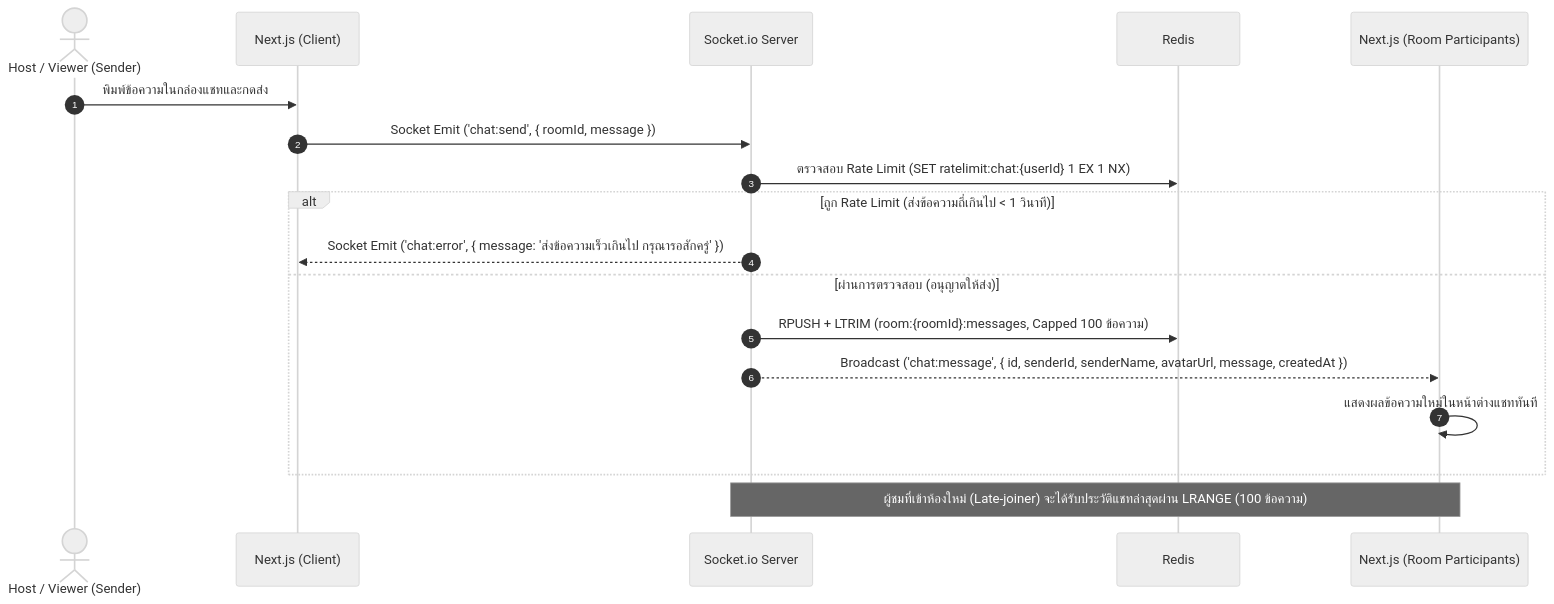
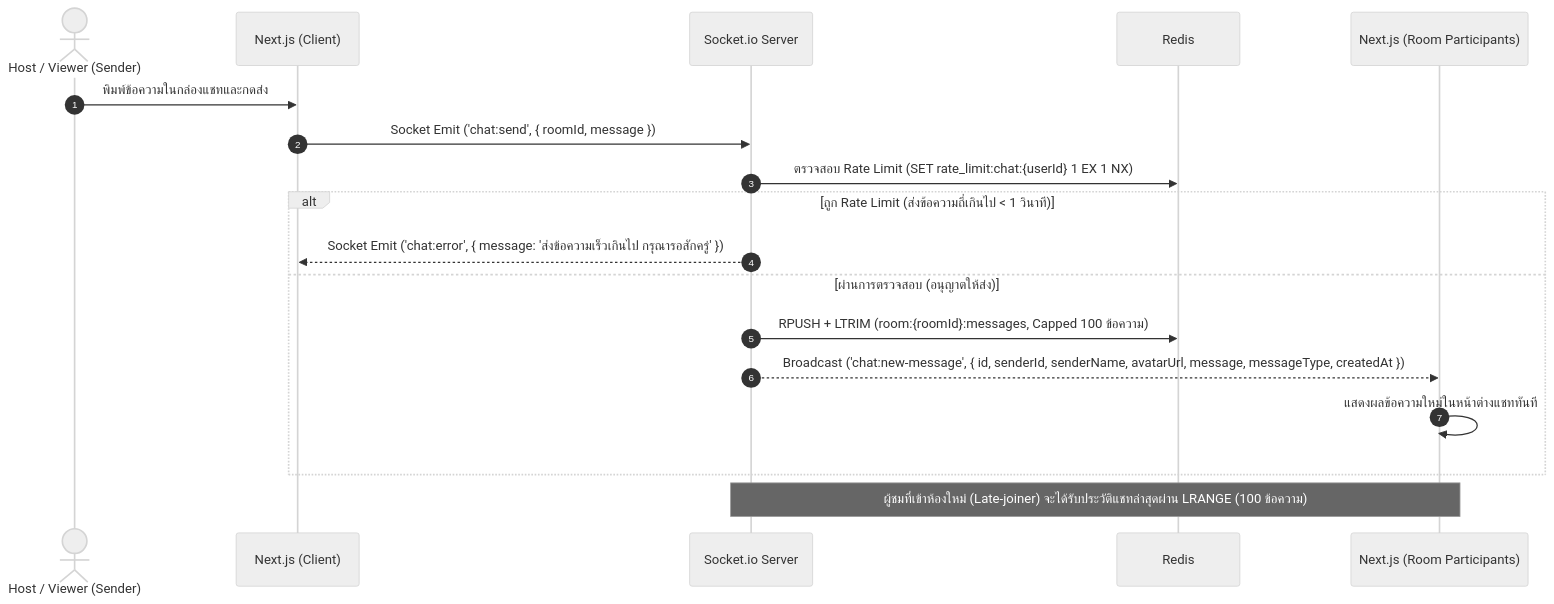
Before and after one commit to PeterGamez/YouStream: the third of 4 diagrams in SRS.md, drawn with Mermaid (neutral theme). The commit also changed other lines of this file and 1 other file, not shown here.

````diff
--- a/SRS.md
+++ b/SRS.md
@@ -208,21 +208,21 @@
 ```mermaid
 sequenceDiagram
     autonumber
     actor User as Host / Viewer (Sender)
     participant FE as Next.js (Client)
     participant Socket as Socket.io Server
     participant Redis as Redis
     participant FE_All as Next.js (Room Participants)
 
     User->>FE: พิมพ์ข้อความในกล่องแชทและกดส่ง
     FE->>Socket: Socket Emit ('chat:send', { roomId, message })
-    Socket->>Redis: ตรวจสอบ Rate Limit (SET ratelimit:chat:{userId} 1 EX 1 NX)
+    Socket->>Redis: ตรวจสอบ Rate Limit (SET rate_limit:chat:{userId} 1 EX 1 NX)
     alt ถูก Rate Limit (ส่งข้อความถี่เกินไป < 1 วินาที)
         Socket-->>FE: Socket Emit ('chat:error', { message: 'ส่งข้อความเร็วเกินไป กรุณารอสักครู่' })
     else ผ่านการตรวจสอบ (อนุญาตให้ส่ง)
         Socket->>Redis: RPUSH + LTRIM (room:{roomId}:messages, Capped 100 ข้อความ)
-        Socket-->>FE_All: Broadcast ('chat:message', { id, senderId, senderName, avatarUrl, message, createdAt })
+        Socket-->>FE_All: Broadcast ('chat:new-message', { id, senderId, senderName, avatarUrl, message, messageType, createdAt })
         FE_All->>FE_All: แสดงผลข้อความใหม่ในหน้าต่างแชททันที
     end
     Note over Socket, FE_All: ผู้ชมที่เข้าห้องใหม่ (Late-joiner) จะได้รับประวัติแชทล่าสุดผ่าน LRANGE (100 ข้อความ)
 ```
````
